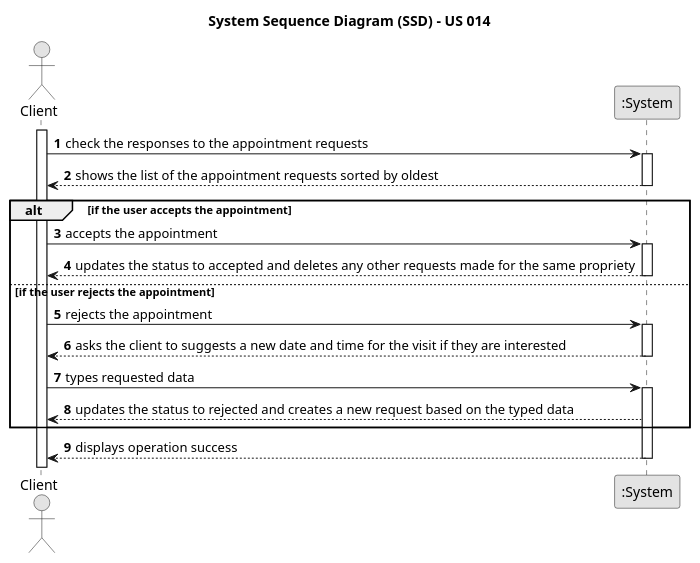
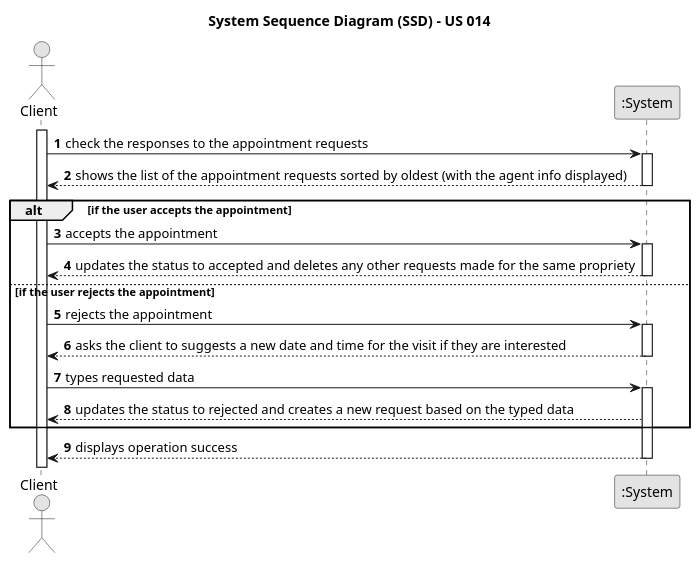
The diagram in docs/sprintD/US014/01.requirements-engineering/puml/SSD_US014.puml (tiagohcorreia/LAPR2), drawn with PlantUML before and after one commit.

Commit message:
SSD_US014.puml

```diff
--- a/docs/sprintD/US014/01.requirements-engineering/puml/SSD_US014.puml
+++ b/docs/sprintD/US014/01.requirements-engineering/puml/SSD_US014.puml
@@ -1,41 +1,41 @@
 @startuml
         skinparam monochrome true
         skinparam packageStyle rectangle
         skinparam shadowing false
 
         title System Sequence Diagram (SSD) - US 014
 
         autonumber
 
         actor "Client" as client
         participant ":System" as system
 
         activate client
 
         client -> system : check the responses to the appointment requests
         activate system
 
-        system --> client : shows the list of the appointment requests sorted by oldest
+        system --> client : shows the list of the appointment requests sorted by oldest (with the agent info displayed)
         deactivate system
         alt if the user accepts the appointment
         client -> system : accepts the appointment
         activate system
         system --> client : updates the status to accepted and deletes any other requests made for the same propriety
         deactivate system
         else if the user rejects the appointment
 
         client -> system : rejects the appointment
         activate system
         system --> client : asks the client to suggests a new date and time for the visit if they are interested
         deactivate system
         client -> system : types requested data
         activate system
         system --> client : updates the status to rejected and creates a new request based on the typed data
 
         end alt
 
 
         system --> client : displays operation success
         deactivate system
 
         @enduml
```
